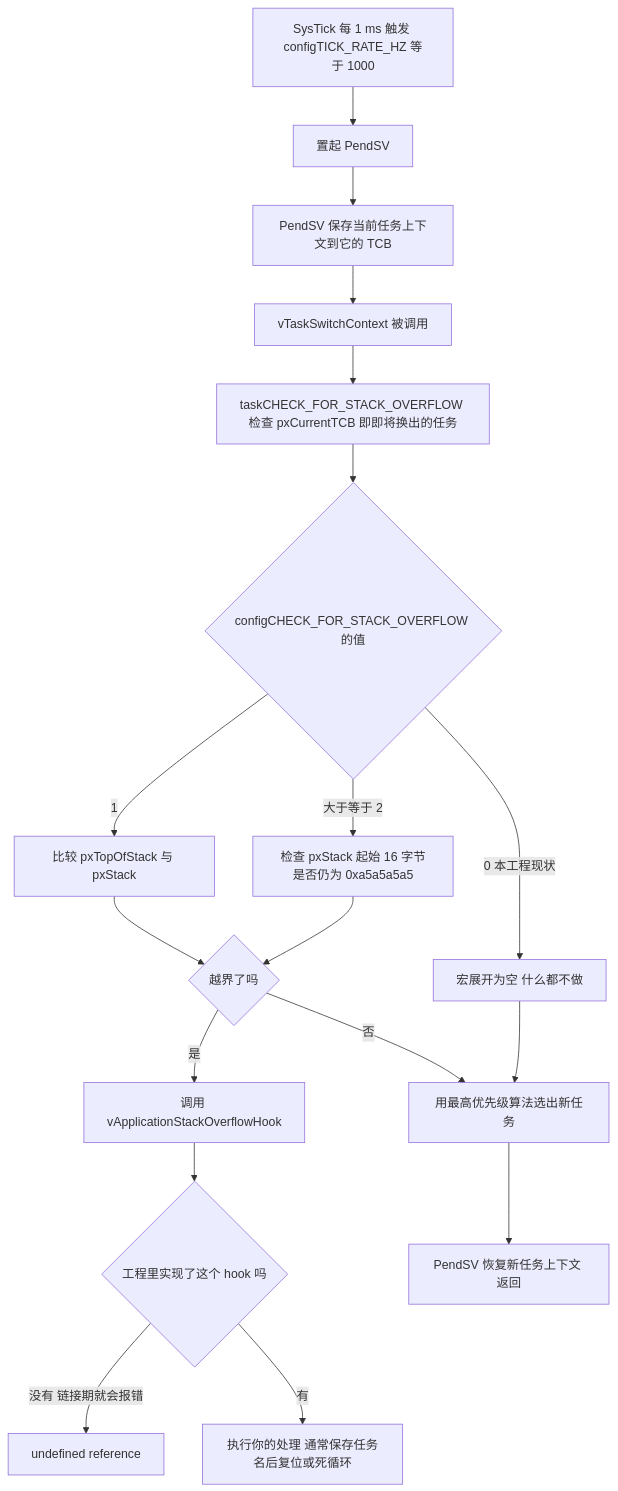
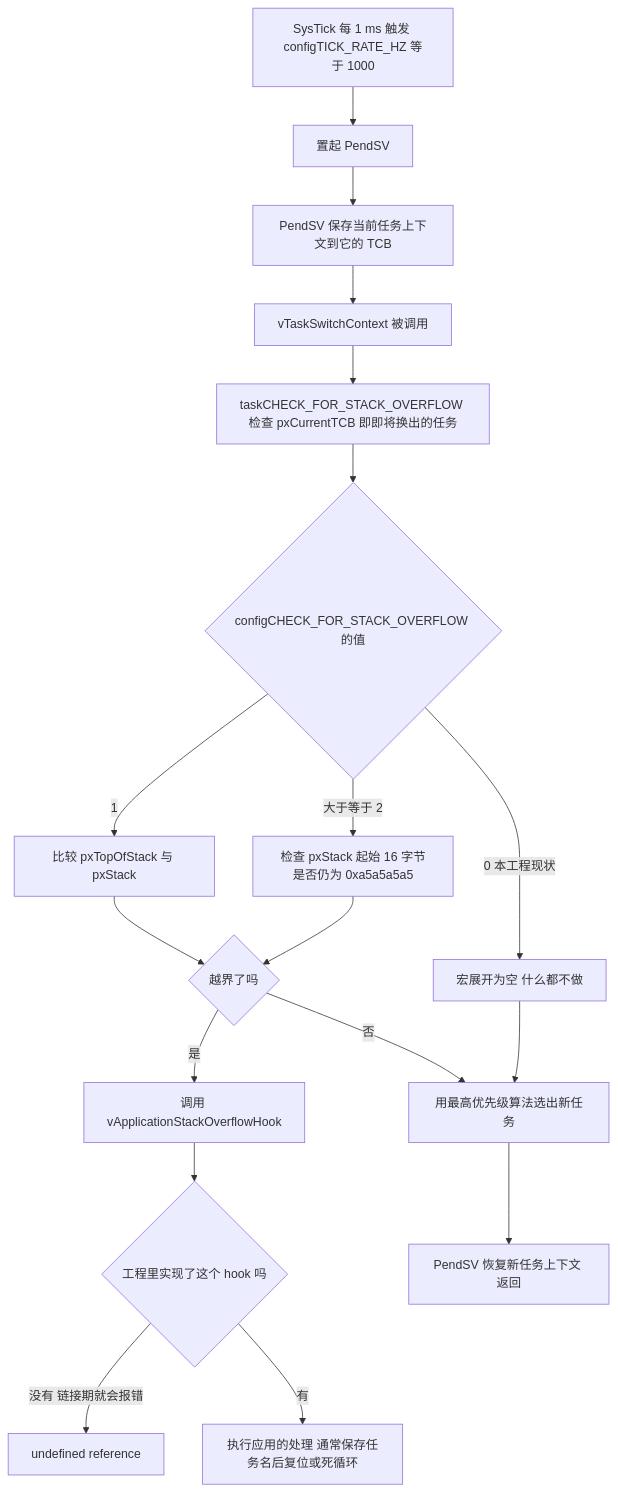
One commit to TC635807/TC63PersonalWebsite changed the second of 4 diagrams in docs/01-FreeRTOS/03-内存管理与临界区/04-栈溢出检测与断言.md. Above: the diagram before and after it, drawn with Mermaid. The commit also changed other lines of this file and 728 other files, not shown here.

````diff
--- a/docs/01-FreeRTOS/03-内存管理与临界区/04-栈溢出检测与断言.md
+++ b/docs/01-FreeRTOS/03-内存管理与临界区/04-栈溢出检测与断言.md
@@ -223,20 +225,20 @@
 ```mermaid
 flowchart TD
   TICK["SysTick 每 1 ms 触发 configTICK_RATE_HZ 等于 1000"] --> PEND["置起 PendSV"]
   PEND --> CTX["PendSV 保存当前任务上下文到它的 TCB"]
   CTX --> SW["vTaskSwitchContext 被调用"]
   SW --> CHK["taskCHECK_FOR_STACK_OVERFLOW 检查 pxCurrentTCB 即即将换出的任务"]
   CHK --> Q{"configCHECK_FOR_STACK_OVERFLOW 的值"}
   Q -->|"0 本工程现状"| SKIP["宏展开为空 什么都不做"]
   Q -->|"1"| M1["比较 pxTopOfStack 与 pxStack"]
   Q -->|"大于等于 2"| M2["检查 pxStack 起始 16 字节是否仍为 0xa5a5a5a5"]
   M1 --> BAD{"越界了吗"}
   M2 --> BAD
   BAD -->|"否"| NEXT["用最高优先级算法选出新任务"]
   BAD -->|"是"| HOOK["调用 vApplicationStackOverflowHook"]
   HOOK --> NOHOOK{"工程里实现了这个 hook 吗"}
   NOHOOK -->|"没有 链接期就会报错"| ERR["undefined reference"]
-  NOHOOK -->|"有"| ACT["执行你的处理 通常保存任务名后复位或死循环"]
+  NOHOOK -->|"有"| ACT["执行应用的处理 通常保存任务名后复位或死循环"]
   SKIP --> NEXT
   NEXT --> RESUME["PendSV 恢复新任务上下文 返回"]
 ```
````
